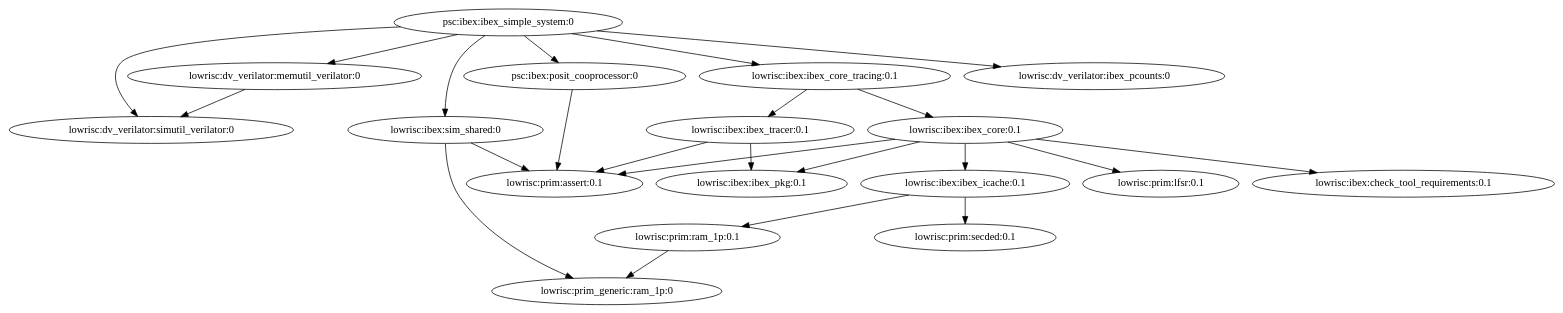
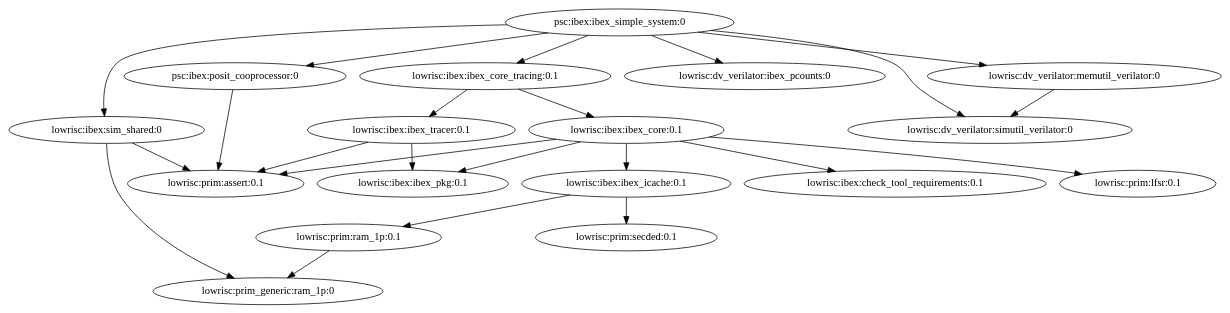
The diagram in ibex/build/psc_ibex_ibex_simple_system_0/sim-verilator/psc_ibex_ibex_simple_system_0.deps-after-generators.dot (jaimedelreyg/pmpu), drawn with Graphviz before and after one commit. The commit also changed other lines of this file and 24 other files, not shown here.

```diff
--- a/ibex/build/psc_ibex_ibex_simple_system_0/sim-verilator/psc_ibex_ibex_simple_system_0.deps-after-generators.dot
+++ b/ibex/build/psc_ibex_ibex_simple_system_0/sim-verilator/psc_ibex_ibex_simple_system_0.deps-after-generators.dot
@@ -1,24 +1,24 @@
 digraph dependencies {
+"psc:ibex:ibex_simple_system:0"->"lowrisc:ibex:ibex_core_tracing:0.1"
+"psc:ibex:ibex_simple_system:0"->"psc:ibex:posit_cooprocessor:0"
+"psc:ibex:ibex_simple_system:0"->"lowrisc:dv_verilator:ibex_pcounts:0"
+"psc:ibex:ibex_simple_system:0"->"lowrisc:ibex:sim_shared:0"
+"psc:ibex:ibex_simple_system:0"->"lowrisc:dv_verilator:simutil_verilator:0"
 "psc:ibex:ibex_simple_system:0"->"lowrisc:dv_verilator:memutil_verilator:0"
-"psc:ibex:ibex_simple_system:0"->"lowrisc:ibex:sim_shared:0"
-"psc:ibex:ibex_simple_system:0"->"lowrisc:dv_verilator:ibex_pcounts:0"
-"psc:ibex:ibex_simple_system:0"->"lowrisc:ibex:ibex_core_tracing:0.1"
-"psc:ibex:ibex_simple_system:0"->"lowrisc:dv_verilator:simutil_verilator:0"
-"psc:ibex:ibex_simple_system:0"->"psc:ibex:posit_cooprocessor:0"
 "lowrisc:dv_verilator:memutil_verilator:0"->"lowrisc:dv_verilator:simutil_verilator:0"
 "lowrisc:ibex:ibex_core_tracing:0.1"->"lowrisc:ibex:ibex_core:0.1"
 "lowrisc:ibex:ibex_core_tracing:0.1"->"lowrisc:ibex:ibex_tracer:0.1"
 "lowrisc:ibex:ibex_core:0.1"->"lowrisc:ibex:ibex_icache:0.1"
-"lowrisc:ibex:ibex_core:0.1"->"lowrisc:ibex:check_tool_requirements:0.1"
 "lowrisc:ibex:ibex_core:0.1"->"lowrisc:ibex:ibex_pkg:0.1"
 "lowrisc:ibex:ibex_core:0.1"->"lowrisc:prim:assert:0.1"
 "lowrisc:ibex:ibex_core:0.1"->"lowrisc:prim:lfsr:0.1"
+"lowrisc:ibex:ibex_core:0.1"->"lowrisc:ibex:check_tool_requirements:0.1"
 "lowrisc:ibex:ibex_icache:0.1"->"lowrisc:prim:ram_1p:0.1"
 "lowrisc:ibex:ibex_icache:0.1"->"lowrisc:prim:secded:0.1"
 "lowrisc:prim:ram_1p:0.1"->"lowrisc:prim_generic:ram_1p:0"
 "lowrisc:ibex:ibex_tracer:0.1"->"lowrisc:ibex:ibex_pkg:0.1"
 "lowrisc:ibex:ibex_tracer:0.1"->"lowrisc:prim:assert:0.1"
+"lowrisc:ibex:sim_shared:0"->"lowrisc:prim:assert:0.1"
 "lowrisc:ibex:sim_shared:0"->"lowrisc:prim_generic:ram_1p:0"
-"lowrisc:ibex:sim_shared:0"->"lowrisc:prim:assert:0.1"
 "psc:ibex:posit_cooprocessor:0"->"lowrisc:prim:assert:0.1"
 }
```
